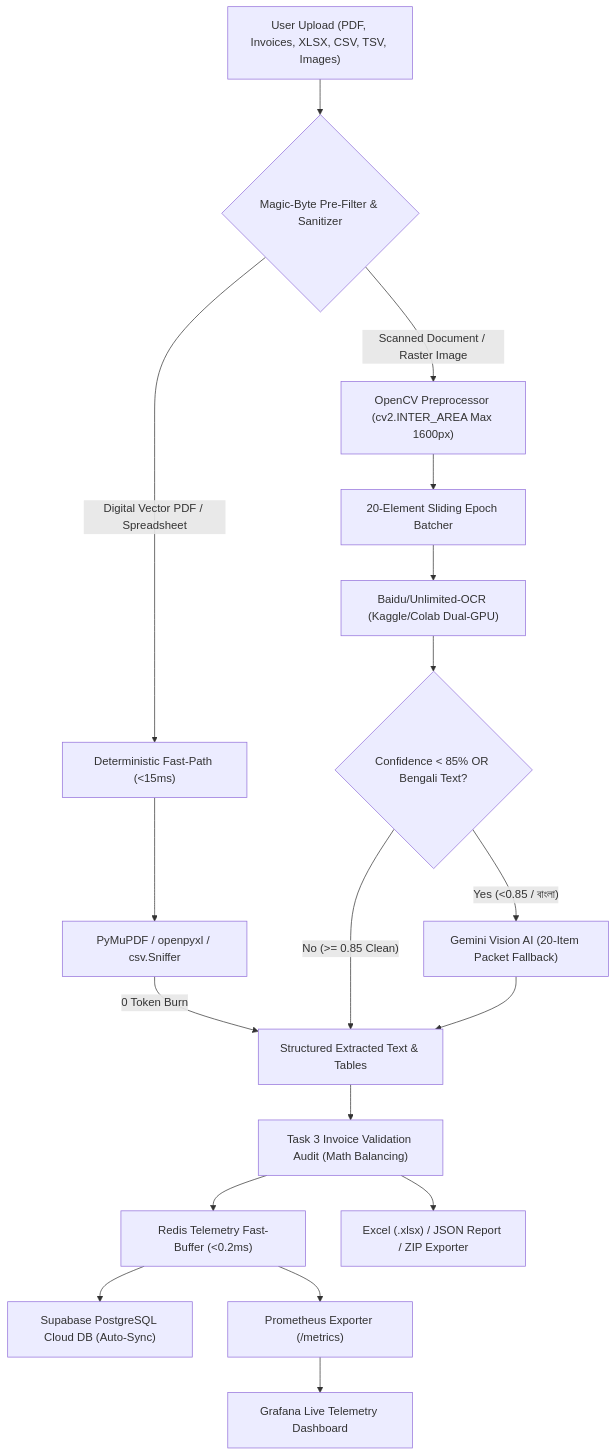
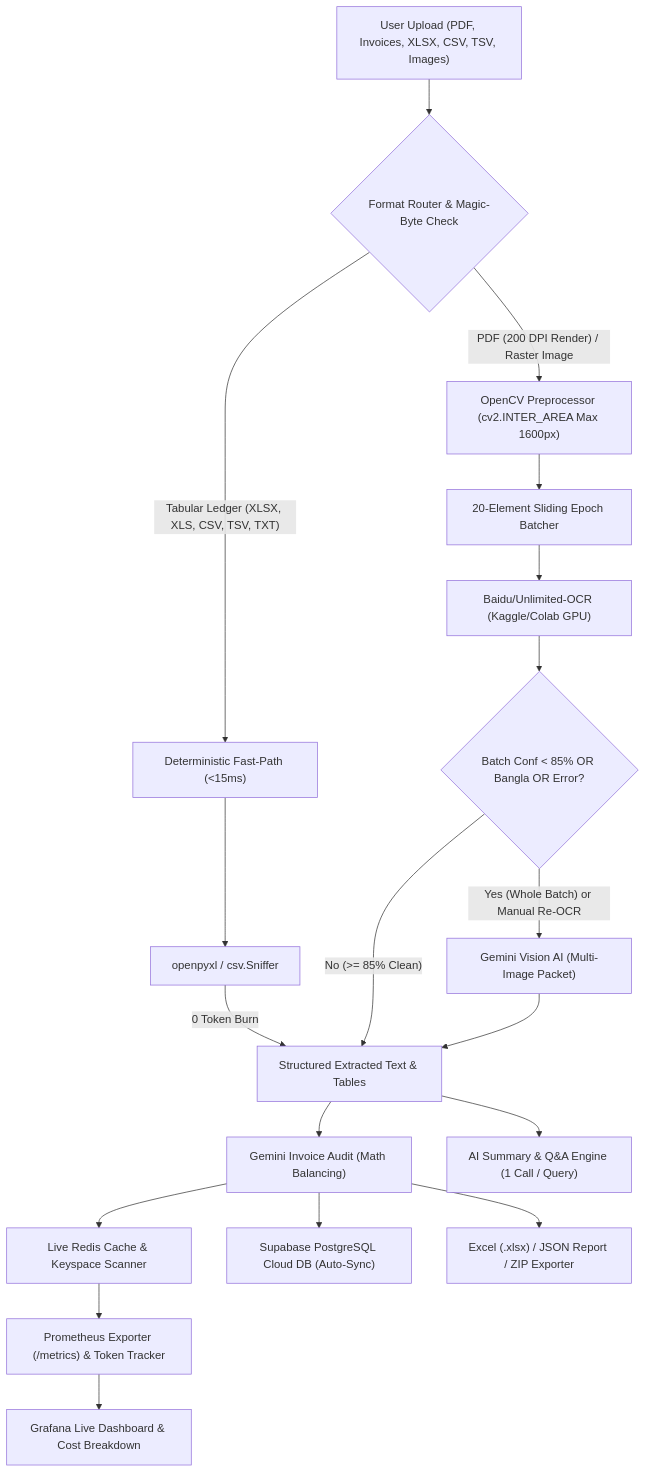
Before and after one commit to Sifatkhan-1915020/CGO-V1.0: the first of 3 diagrams in README.md, drawn with Mermaid. The commit also changed other lines of this file, not shown here.

Commit message:
docs: update README.md with Baidu PDF OCR + Gemini fallback, AI Summary & Q&A, white glassmorphism UI, and real-time Redis/Grafana/token cost telemetry

````diff
--- a/README.md
+++ b/README.md
@@ -159,28 +159,29 @@
 ```mermaid
 flowchart TD
-    A["User Upload (PDF, Invoices, XLSX, CSV, TSV, Images)"] --> B{"Magic-Byte Pre-Filter & Sanitizer"}
+    A["User Upload (PDF, Invoices, XLSX, CSV, TSV, Images)"] --> B{"Format Router & Magic-Byte Check"}
     
-    %% Fast Path (Deterministic)
-    B -->|"Digital Vector PDF / Spreadsheet"| C["Deterministic Fast-Path (<15ms)"]
-    C --> D["PyMuPDF / openpyxl / csv.Sniffer"]
+    %% Fast Path (Deterministic Spreadsheets)
+    B -->|"Tabular Ledger (XLSX, XLS, CSV, TSV, TXT)"| C["Deterministic Fast-Path (<15ms)"]
+    C --> D["openpyxl / csv.Sniffer"]
     D -->|"0 Token Burn"| J["Structured Extracted Text & Tables"]
     
-    %% Heavy Path (Scanned Invoices / Media)
-    B -->|"Scanned Document / Raster Image"| E["OpenCV Preprocessor (cv2.INTER_AREA Max 1600px)"]
+    %% Visual OCR Path (All PDFs + Raster Images)
+    B -->|"PDF (200 DPI Render) / Raster Image"| E["OpenCV Preprocessor (cv2.INTER_AREA Max 1600px)"]
     E --> F["20-Element Sliding Epoch Batcher"]
-    F --> G["Baidu/Unlimited-OCR (Kaggle/Colab Dual-GPU)"]
+    F --> G["Baidu/Unlimited-OCR (Kaggle/Colab GPU)"]
     
-    %% Quality Gate & AI Fallback
-    G --> H{"Confidence < 85% OR Bengali Text?"}
-    H -->|"Yes (<0.85 / বাংলা)"| I["Gemini Vision AI (20-Item Packet Fallback)"]
-    H -->|"No (>= 0.85 Clean)"| J
+    %% Quality Gate & Whole-Batch AI Fallback
+    G --> H{"Batch Conf < 85% OR Bangla OR Error?"}
+    H -->|"Yes (Whole Batch) or Manual Re-OCR"| I["Gemini Vision AI (Multi-Image Packet)"]
+    H -->|"No (>= 85% Clean)"| J
     I --> J
     
-    %% Financial Audit & Data Persistence
-    J --> K["Task 3 Invoice Validation Audit (Math Balancing)"]
-    K --> L["Redis Telemetry Fast-Buffer (<0.2ms)"]
-    L --> M["Supabase PostgreSQL Cloud DB (Auto-Sync)"]
-    L --> N["Prometheus Exporter (/metrics)"]
-    N --> O["Grafana Live Telemetry Dashboard"]
+    %% Downstream AI Intelligence, Audit & Telemetry
+    J --> K["Gemini Invoice Audit (Math Balancing)"]
+    J --> Q["AI Summary & Q&A Engine (1 Call / Query)"]
+    K --> L["Live Redis Cache & Keyspace Scanner"]
+    K --> M["Supabase PostgreSQL Cloud DB (Auto-Sync)"]
+    L --> N["Prometheus Exporter (/metrics) & Token Tracker"]
+    N --> O["Grafana Live Dashboard & Cost Breakdown"]
     K --> P["Excel (.xlsx) / JSON Report / ZIP Exporter"]
 ```
````
